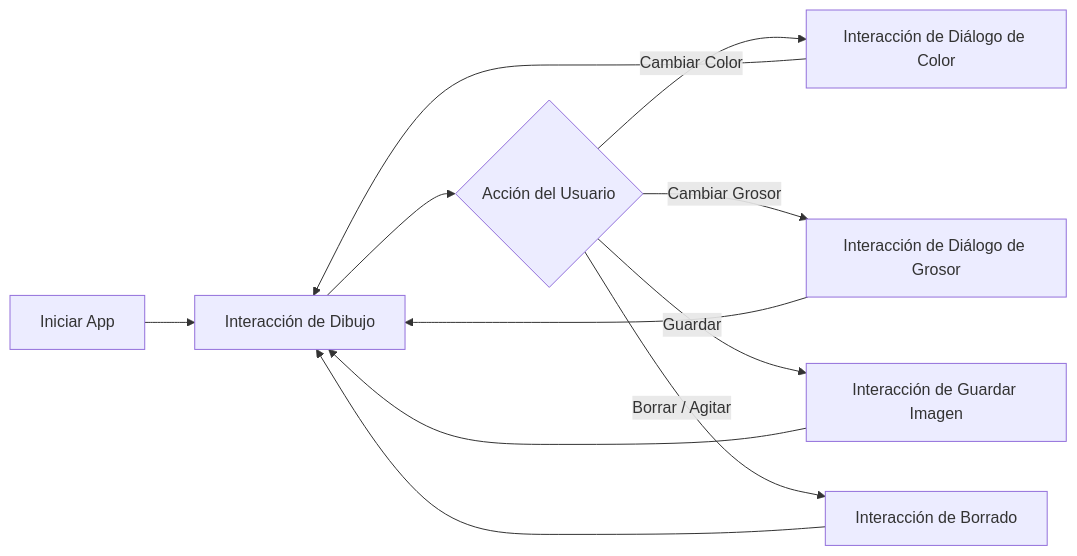
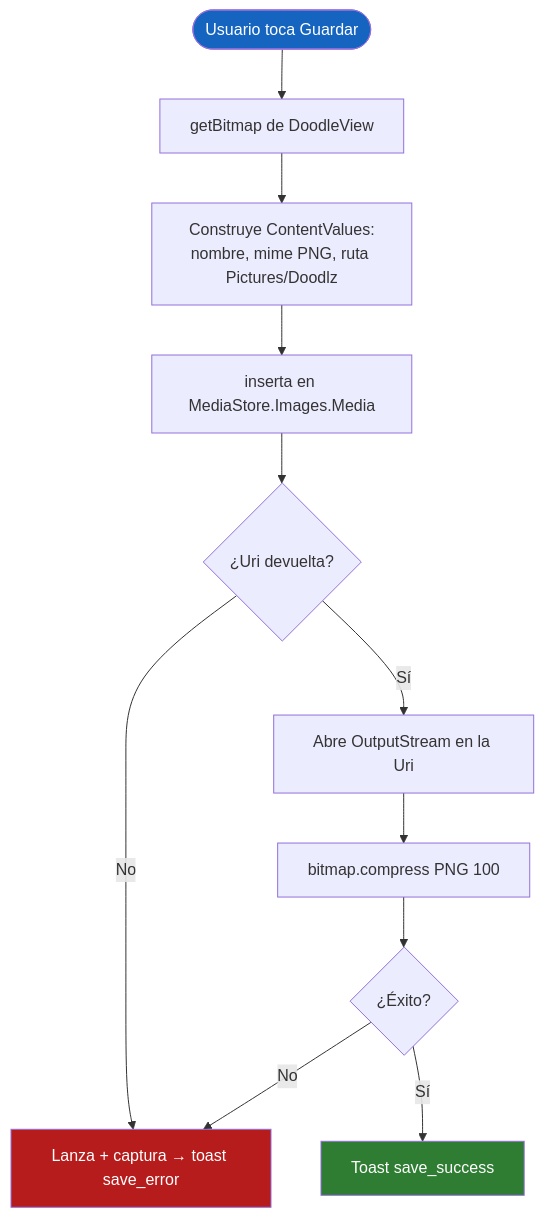
One commit to VictorHJesusSantiago/Doodlz changed the fifth of 7 diagrams in README_ES.md. Above: the diagram before and after it, drawn with Mermaid. The commit also changed other lines of this file and 2 other files, not shown here.

````diff
--- a/README_ES.md
+++ b/README_ES.md
@@ -690,13 +660,17 @@
 ```mermaid
-graph LR
-    A[Iniciar App] --> B[Interacción de Dibujo]
-    B --> C{Acción del Usuario}
-    C -->|Cambiar Color| D[Interacción de Diálogo de Color]
-    C -->|Cambiar Grosor| E[Interacción de Diálogo de Grosor]
-    C -->|Guardar| F[Interacción de Guardar Imagen]
-    C -->|Borrar / Agitar| G[Interacción de Borrado]
-    D --> B
-    E --> B
-    F --> B
-    G --> B
+flowchart TD
+    A([Usuario toca Guardar]) --> B[getBitmap de DoodleView]
+    B --> C[Construye ContentValues:<br/>nombre, mime PNG, ruta Pictures/Doodlz]
+    C --> D[inserta en MediaStore.Images.Media]
+    D --> E{¿Uri devuelta?}
+    E -- No --> F[Lanza + captura → toast save_error]
+    E -- Sí --> G[Abre OutputStream en la Uri]
+    G --> H[bitmap.compress PNG 100]
+    H --> I{¿Éxito?}
+    I -- No --> F
+    I -- Sí --> J[Toast save_success]
+
+    style A fill:#1565C0,color:#fff
+    style J fill:#2E7D32,color:#fff
+    style F fill:#B71C1C,color:#fff
 ```
````
